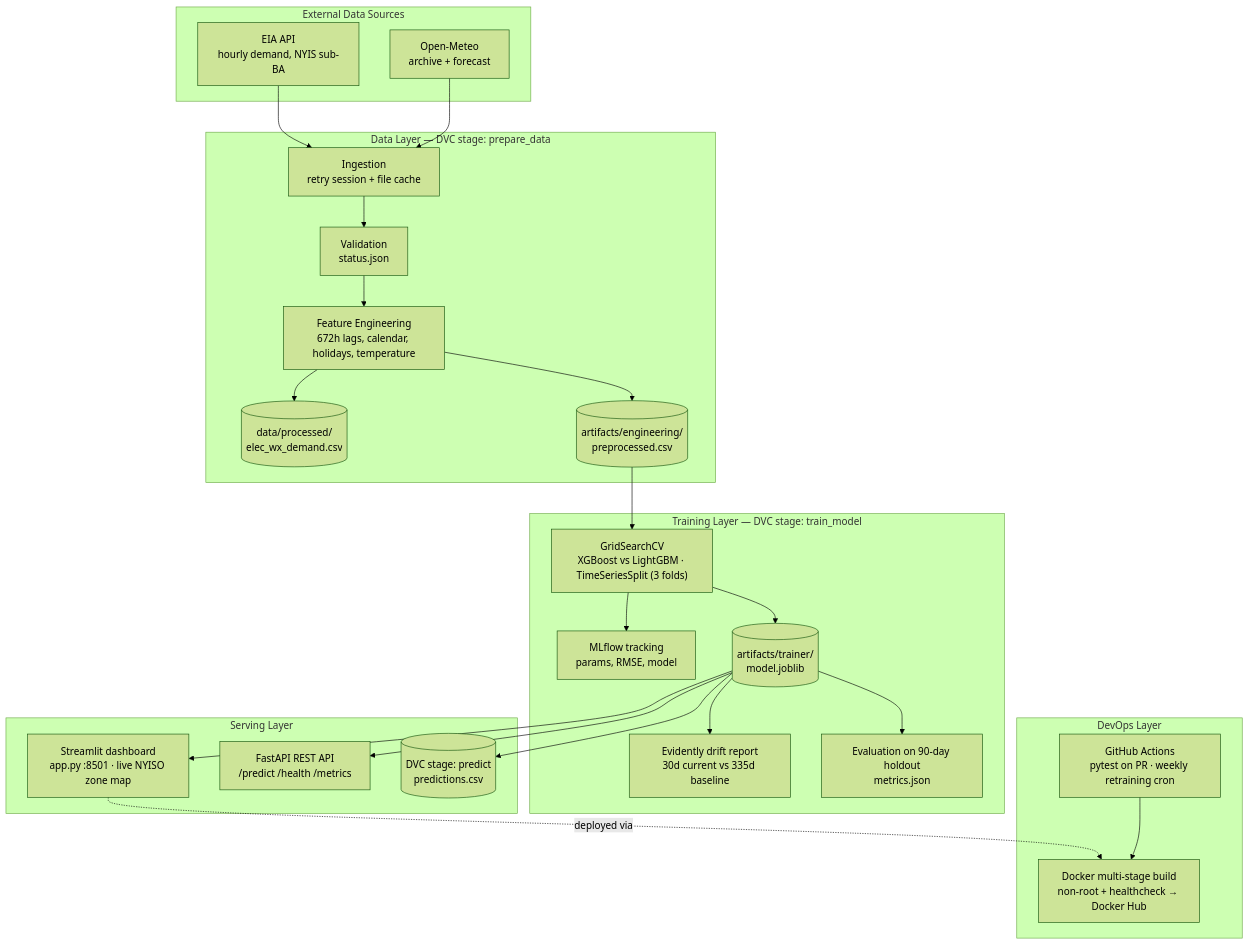
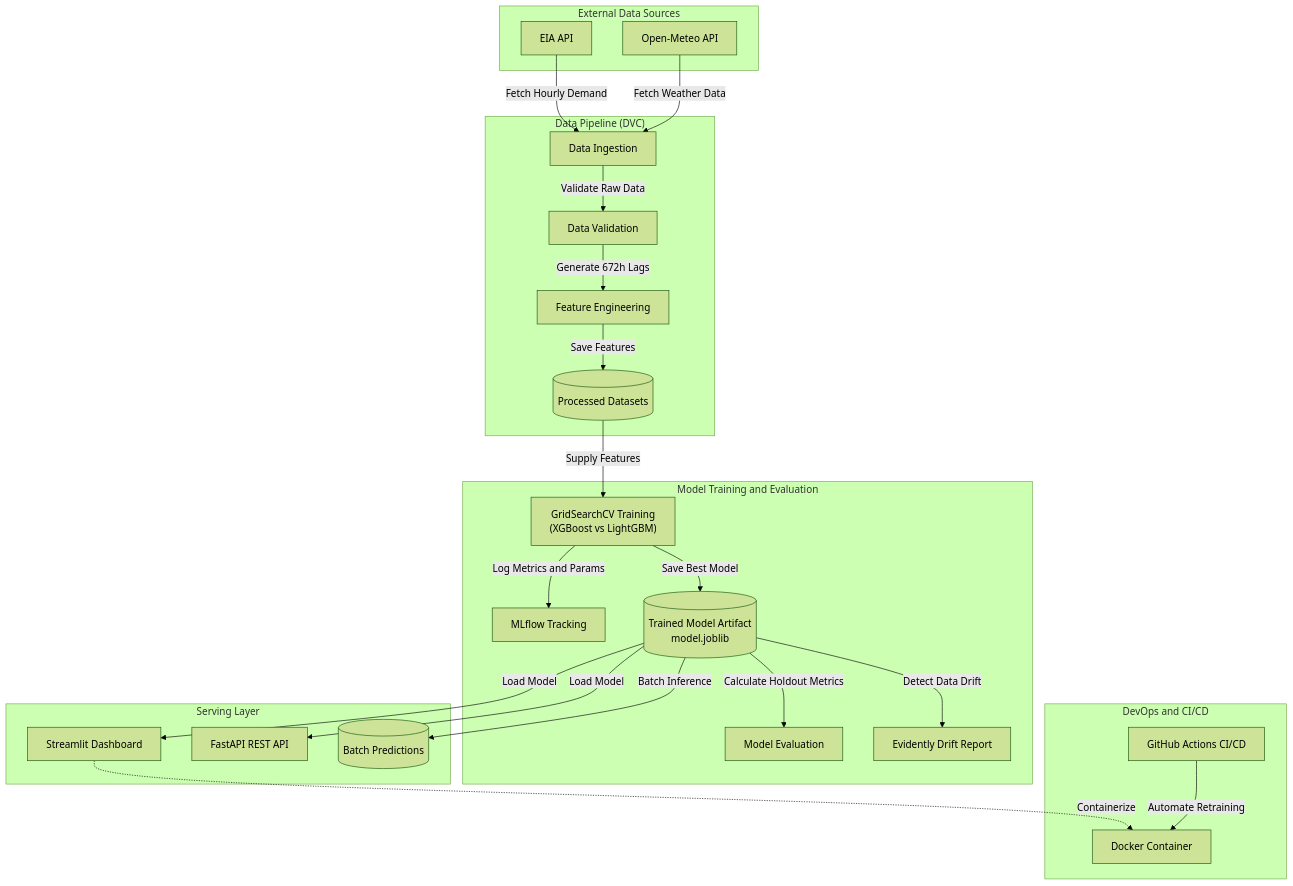
The first of 2 diagrams in README.md (JavithNaseem-J/WattPredictor), drawn with Mermaid (forest theme) before and after one commit. The commit also changed other lines of this file and 2 other files, not shown here.

Commit message:
fix:cicd pipleine  and ReadME Updated

````diff
--- a/README.md
+++ b/README.md
@@ -26,51 +26,50 @@
 ```mermaid
 flowchart TB
     subgraph SOURCES["External Data Sources"]
-        EIA["EIA API<br/>hourly demand, NYIS sub-BA"]
-        WX["Open-Meteo<br/>archive + forecast"]
+        EIA["EIA API"]
+        WX["Open-Meteo API"]
     end
 
-    subgraph DATA["Data Layer — DVC stage: prepare_data"]
-        ING["Ingestion<br/>retry session + file cache"]
-        VAL["Validation<br/>status.json"]
-        FE["Feature Engineering<br/>672h lags, calendar, holidays, temperature"]
-        CSV[("data/processed/<br/>elec_wx_demand.csv")]
-        PREPROC[("artifacts/engineering/<br/>preprocessed.csv")]
-        ING --> VAL
-        VAL --> FE
-        FE --> CSV
-        FE --> PREPROC
+    subgraph DATA["Data Pipeline (DVC)"]
+        ING["Data Ingestion"]
+        VAL["Data Validation"]
+        FE["Feature Engineering"]
+        DATASTORE[("Processed Datasets")]
+        ING -->|Validate Raw Data| VAL
+        VAL -->|Generate 672h Lags| FE
+        FE -->|Save Features| DATASTORE
     end
 
-    subgraph TRAIN["Training Layer — DVC stage: train_model"]
-        GS["GridSearchCV<br/>XGBoost vs LightGBM · TimeSeriesSplit (3 folds)"]
-        MLF["MLflow tracking<br/>params, RMSE, model"]
-        DRIFT["Evidently drift report<br/>30d current vs 335d baseline"]
-        EVAL["Evaluation on 90-day holdout<br/>metrics.json"]
-        MODEL[("artifacts/trainer/<br/>model.joblib")]
-        GS --> MLF
-        GS --> MODEL
-        MODEL --> EVAL
-        MODEL --> DRIFT
+    subgraph TRAIN["Model Training and Evaluation"]
+        TRAINER["GridSearchCV Training<br/>(XGBoost vs LightGBM)"]
+        MLFLOW["MLflow Tracking"]
+        EVAL["Model Evaluation"]
+        DRIFT["Evidently Drift Report"]
+        MODELSTORE[("Trained Model Artifact<br/>model.joblib")]
+        
+        TRAINER -->|Log Metrics and Params| MLFLOW
+        TRAINER -->|Save Best Model| MODELSTORE
+        MODELSTORE -->|Calculate Holdout Metrics| EVAL
+        MODELSTORE -->|Detect Data Drift| DRIFT
     end
 
     subgraph SERVE["Serving Layer"]
-        ST["Streamlit dashboard<br/>app.py :8501 · live NYISO zone map"]
-        API["FastAPI REST API<br/>/predict /health /metrics"]
-        PRED[("DVC stage: predict<br/>predictions.csv")]
+        ST["Streamlit Dashboard"]
+        API["FastAPI REST API"]
+        PRED[("Batch Predictions")]
     end
 
-    subgraph DEVOPS["DevOps Layer"]
-        GHA["GitHub Actions<br/>pytest on PR · weekly retraining cron"]
-        DOCK["Docker multi-stage build<br/>non-root + healthcheck → Docker Hub"]
+    subgraph DEVOPS["DevOps and CI/CD"]
+        GHA["GitHub Actions CI/CD"]
+        DOCK["Docker Container"]
     end
 
-    EIA --> ING
-    WX --> ING
-    PREPROC --> GS
-    MODEL --> ST
-    MODEL --> API
-    MODEL --> PRED
-    ST -.->|deployed via| DOCK
-    GHA --> DOCK
+    EIA -->|Fetch Hourly Demand| ING
+    WX -->|Fetch Weather Data| ING
+    DATASTORE -->|Supply Features| TRAINER
+    MODELSTORE -->|Load Model| ST
+    MODELSTORE -->|Load Model| API
+    MODELSTORE -->|Batch Inference| PRED
+    ST -.->|Containerize| DOCK
+    GHA -->|Automate Retraining| DOCK
 ```
````
